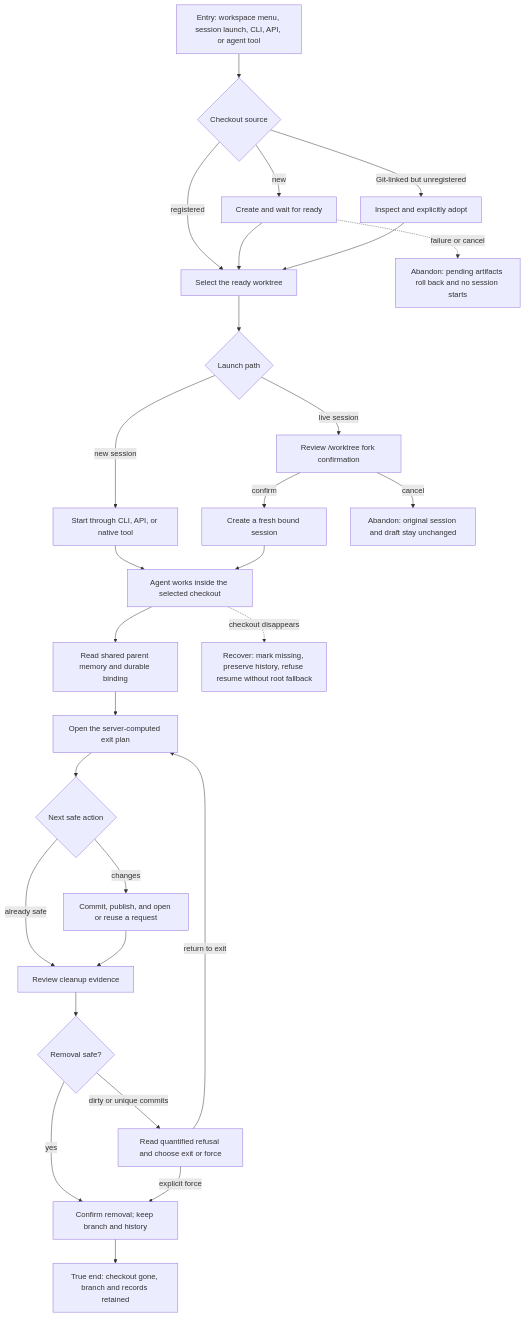
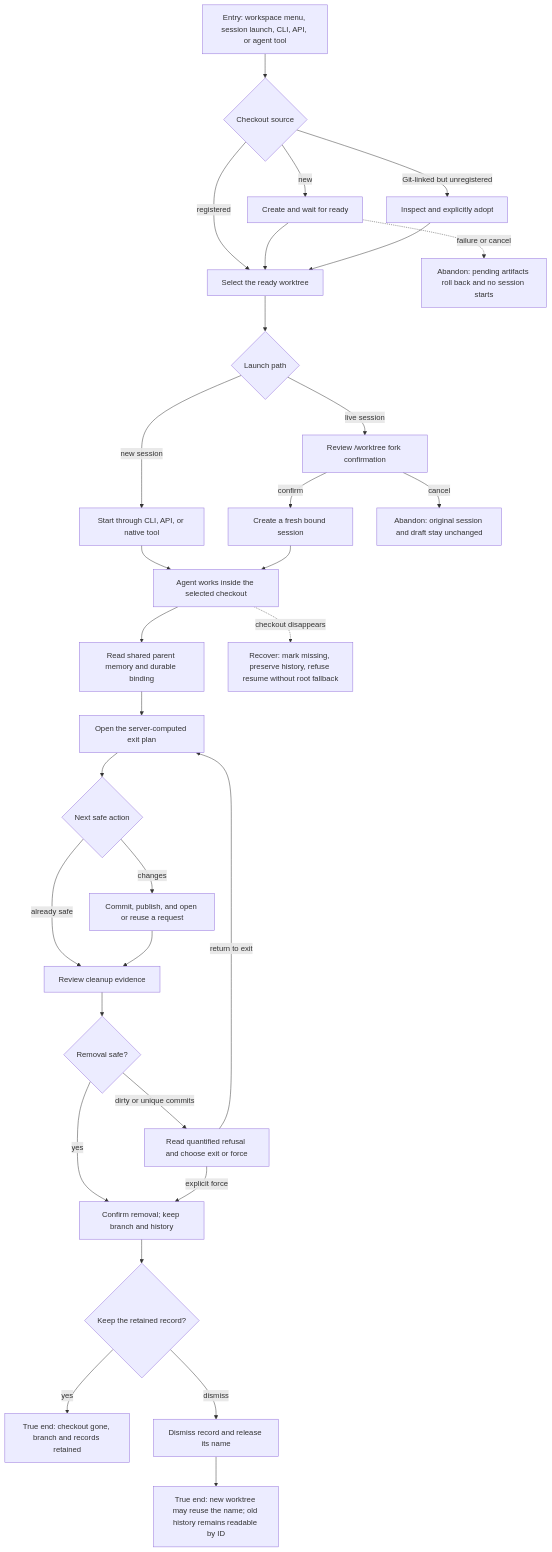
Before and after one commit to compozy/compozy: the diagram in docs/qa/journeys/J-worktree-management.md, drawn with Mermaid. The commit also changed other lines of this file and 41 other files, not shown here.

````diff
--- a/docs/qa/journeys/J-worktree-management.md
+++ b/docs/qa/journeys/J-worktree-management.md
@@ -6,30 +6,33 @@
 ```mermaid
 flowchart TD
     A[Entry: workspace menu, session launch, CLI, API, or agent tool] --> B{Checkout source}
     B -->|new| C[Create and wait for ready]
     B -->|Git-linked but unregistered| D[Inspect and explicitly adopt]
     B -->|registered| E[Select the ready worktree]
     C --> E
     D --> E
     E --> F{Launch path}
     F -->|new session| G[Start through CLI, API, or native tool]
     F -->|live session| H[Review /worktree fork confirmation]
     H -->|confirm| I[Create a fresh bound session]
     H -->|cancel| X1[Abandon: original session and draft stay unchanged]
     G --> J[Agent works inside the selected checkout]
     I --> J
     J --> K[Read shared parent memory and durable binding]
     K --> L[Open the server-computed exit plan]
     L --> M{Next safe action}
     M -->|changes| N[Commit, publish, and open or reuse a request]
     M -->|already safe| O[Review cleanup evidence]
     N --> O
     O --> P{Removal safe?}
     P -->|yes| Q[Confirm removal; keep branch and history]
     P -->|dirty or unique commits| R[Read quantified refusal and choose exit or force]
     R -->|return to exit| L
     R -->|explicit force| Q
-    Q --> S[True end: checkout gone, branch and records retained]
+    Q --> S{Keep the retained record?}
+    S -->|yes| T[True end: checkout gone, branch and records retained]
+    S -->|dismiss| U[Dismiss record and release its name]
+    U --> V[True end: new worktree may reuse the name; old history remains readable by ID]
     C -.->|failure or cancel| X2[Abandon: pending artifacts roll back and no session starts]
     J -.->|checkout disappears| X3[Recover: mark missing, preserve history, refuse resume without root fallback]
 ```
````
